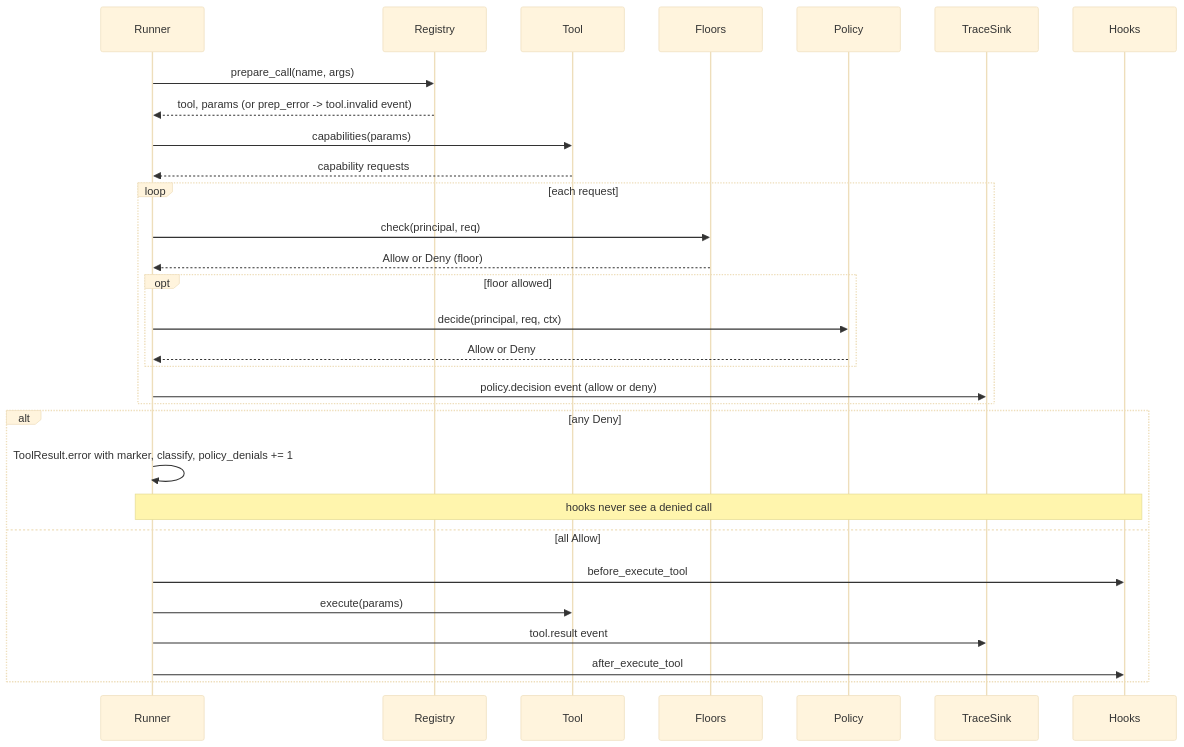
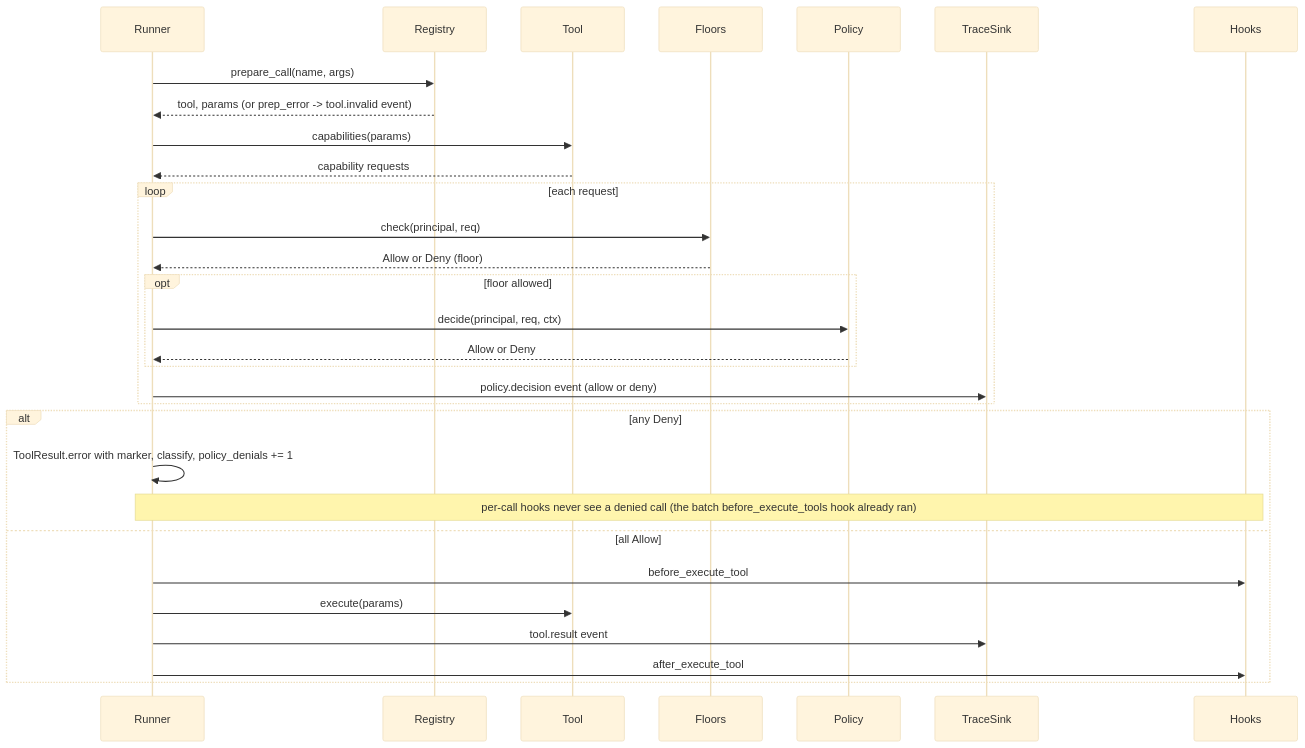
Before and after one commit to Muxite/moeka: the third of 10 diagrams in .agent/moeka-kernel-design.md, drawn with Mermaid (base theme). The commit also changed other lines of this file and 3 other files, not shown here.

````diff
--- a/.agent/moeka-kernel-design.md
+++ b/.agent/moeka-kernel-design.md
@@ -251,32 +296,32 @@
 ```mermaid
 sequenceDiagram
     participant R as Runner
     participant Reg as Registry
     participant T as Tool
     participant F as Floors
     participant P as Policy
     participant S as TraceSink
     participant H as Hooks
     R->>Reg: prepare_call(name, args)
     Reg-->>R: tool, params (or prep_error -> tool.invalid event)
     R->>T: capabilities(params)
     T-->>R: capability requests
     loop each request
         R->>F: check(principal, req)
         F-->>R: Allow or Deny (floor)
         opt floor allowed
             R->>P: decide(principal, req, ctx)
             P-->>R: Allow or Deny
         end
         R->>S: policy.decision event (allow or deny)
     end
     alt any Deny
         R->>R: ToolResult.error with marker, classify, policy_denials += 1
-        Note over R,H: hooks never see a denied call
+        Note over R,H: per-call hooks never see a denied call (the batch before_execute_tools hook already ran)
     else all Allow
         R->>H: before_execute_tool
         R->>T: execute(params)
         R->>S: tool.result event
         R->>H: after_execute_tool
     end
 ```
````
